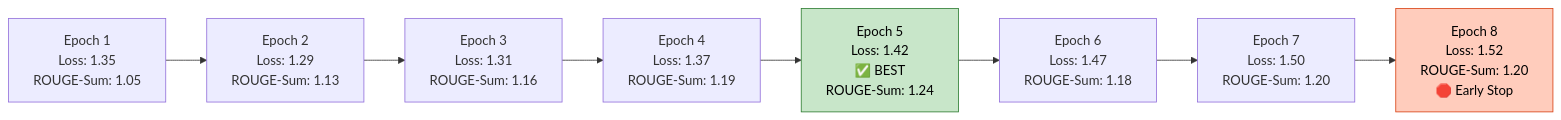
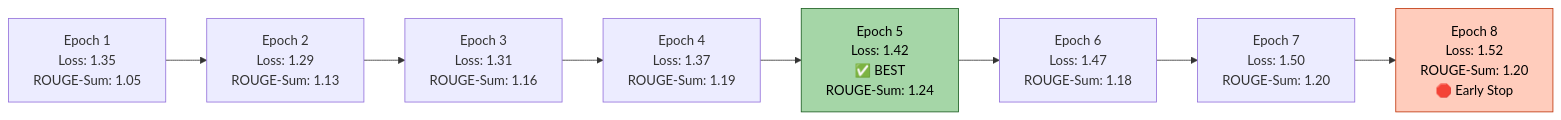
One commit to AIBootcamp14/naturallanguageprocessingcompetition-nlp-1 changed the fourth of 15 diagrams in docs/experiments/20251013_111525_strategy1_kobart_optimized_실험분석.md. Above: the diagram before and after it, drawn with Mermaid. The commit also changed other lines of this file and 1 other file, not shown here.

Commit message:
docs: 실험 분석 문서 mermaid 시각화 및 스타일 가이드 추가   - 기존 실험 분석 문서의 모든 mermaid 다이어그램 색상 표준화   - ROUGE 점수 비교, 훈련 시간 분석 등 7개 수치 시각화 추가   - 실험 문서 작성을 위한 종합 스타일 가이드 문서 생성   - experiments_style.md를 gitignore 예외 규칙에 추가

````diff
--- a/docs/experiments/20251013_111525_strategy1_kobart_optimized_실험분석.md
+++ b/docs/experiments/20251013_111525_strategy1_kobart_optimized_실험분석.md
@@ -211,13 +213,13 @@
 ```mermaid
 graph LR
     A[Epoch 1<br/>Loss: 1.35<br/>ROUGE-Sum: 1.05] --> B[Epoch 2<br/>Loss: 1.29<br/>ROUGE-Sum: 1.13]
     B --> C[Epoch 3<br/>Loss: 1.31<br/>ROUGE-Sum: 1.16]
     C --> D[Epoch 4<br/>Loss: 1.37<br/>ROUGE-Sum: 1.19]
     D --> E[Epoch 5<br/>Loss: 1.42<br/>✅ BEST<br/>ROUGE-Sum: 1.24]
     E --> F[Epoch 6<br/>Loss: 1.47<br/>ROUGE-Sum: 1.18]
     F --> G[Epoch 7<br/>Loss: 1.50<br/>ROUGE-Sum: 1.20]
     G --> H[Epoch 8<br/>Loss: 1.52<br/>ROUGE-Sum: 1.20<br/>🛑 Early Stop]
 
-    style E fill:#c8e6c9,stroke:#2e7d32,color:#000
-    style H fill:#ffccbc,stroke:#d84315,color:#000
+    style E fill:#a5d6a7,stroke:#1b5e20,color:#000
+    style H fill:#ffccbc,stroke:#bf360c,color:#000
 ```
````
